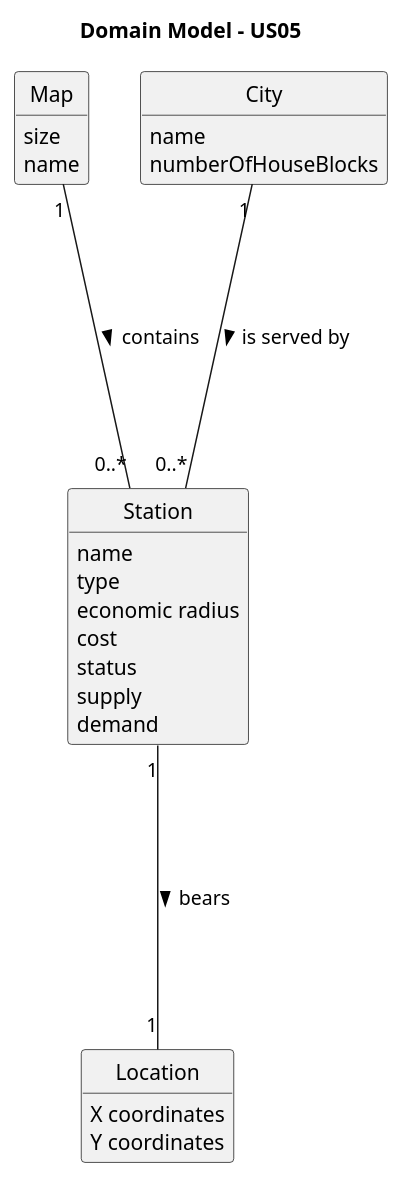
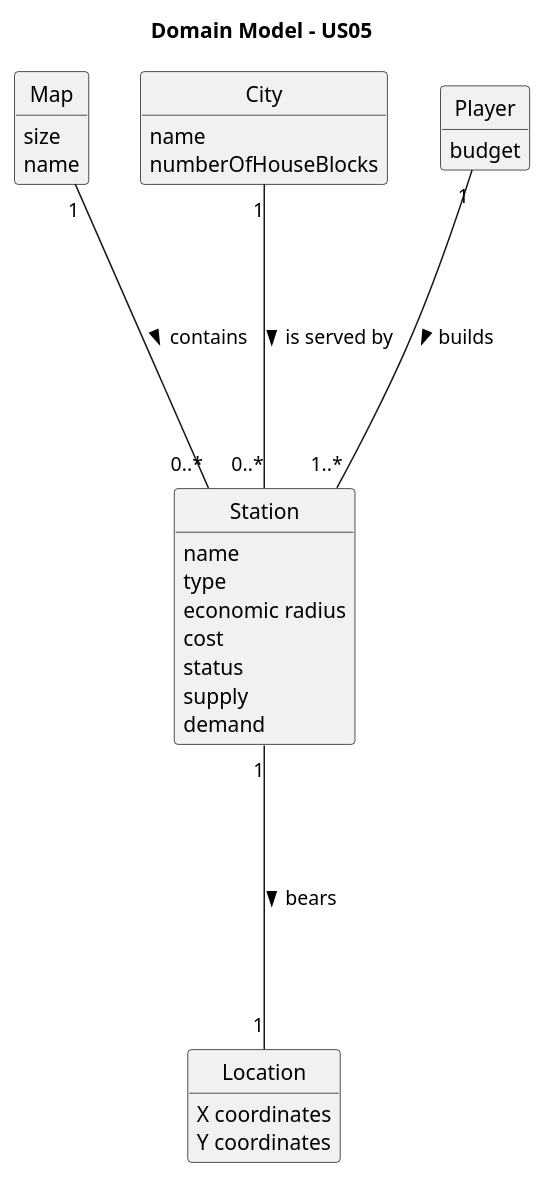
The diagram in docs/system-documentation/sprint 1/US05/02.analysis/puml/US005-DM.puml (Educ00/mdisc-2425), drawn with PlantUML before and after one commit.

Commit message:
Update on US05 domain model extract since I added the concept Player to the actual Domain Model, in order to represent the fact that he builds a Station

```diff
--- a/docs/system-documentation/sprint 1/US05/02.analysis/puml/US005-DM.puml
+++ b/docs/system-documentation/sprint 1/US05/02.analysis/puml/US005-DM.puml
@@ -1,41 +1,46 @@
 @startuml
 
 skinparam monochrome true
 skinparam packageStyle rectangle
 skinparam shadowing false
 skinparam classAttributeIconSize 0
 hide circle
 hide methods
 
 title Domain Model - US05
 
 class Map {
     size
     name
 }
 
 class City {
     name
     numberOfHouseBlocks
 }
 
 class Location {
     X coordinates
     Y coordinates
 }
 
 class Station {
     name
     type
     economic radius
     cost
     status
     supply
     demand
 }
 
+class Player {
+    budget
+}
+
 Map "1" ---- "0..*" Station : contains >
 City "1" ---- "0..*" Station : is served by >
 Station "1" ---- "1" Location : bears >
+Player "1" ---- "1..*" Station : builds >
 
 @enduml
```
